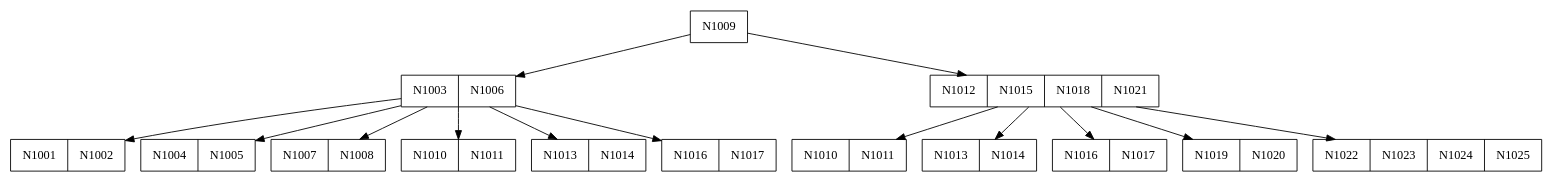
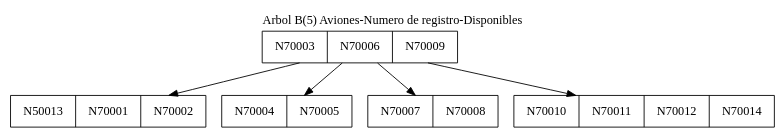
The diagram in cmake-build-debug/btree.dot (Samashoas/202109705_Proyecto_EDD), drawn with Graphviz before and after one commit. The commit also changed 29 other files, not shown here.

```diff
--- a/cmake-build-debug/btree.dot
+++ b/cmake-build-debug/btree.dot
@@ -1,31 +1,15 @@
 digraph G {
 node [shape=record];
 rank=same;
-node0 [label="<f0> N1009"];
-node1 [label="<f0> N1003 | <f1> N1006"];
-node2 [label="<f0> N1001 | <f1> N1002"];
-node1 -> node2;
-node3 [label="<f0> N1004 | <f1> N1005"];
-node1 -> node3;
-node4 [label="<f0> N1007 | <f1> N1008"];
-node1 -> node4;
-node5 [label="<f0> N1010 | <f1> N1011"];
-node1 -> node5;
-node6 [label="<f0> N1013 | <f1> N1014"];
-node1 -> node6;
-node7 [label="<f0> N1016 | <f1> N1017"];
-node1 -> node7;
+labelloc="t";
+label="Arbol B(5) Aviones-Numero de registro-Disponibles";
+node0 [label="<f0> N70003 | <f1> N70006 | <f2> N70009"];
+node1 [label="<f0> N50013 | <f1> N70001 | <f2> N70002"];
 node0 -> node1;
-node8 [label="<f0> N1012 | <f1> N1015 | <f2> N1018 | <f3> N1021"];
-node9 [label="<f0> N1010 | <f1> N1011"];
-node8 -> node9;
-node10 [label="<f0> N1013 | <f1> N1014"];
-node8 -> node10;
-node11 [label="<f0> N1016 | <f1> N1017"];
-node8 -> node11;
-node12 [label="<f0> N1019 | <f1> N1020"];
-node8 -> node12;
-node13 [label="<f0> N1022 | <f1> N1023 | <f2> N1024 | <f3> N1025"];
-node8 -> node13;
-node0 -> node8;
+node2 [label="<f0> N70004 | <f1> N70005"];
+node0 -> node2;
+node3 [label="<f0> N70007 | <f1> N70008"];
+node0 -> node3;
+node4 [label="<f0> N70010 | <f1> N70011 | <f2> N70012 | <f3> N70014"];
+node0 -> node4;
 }
```
